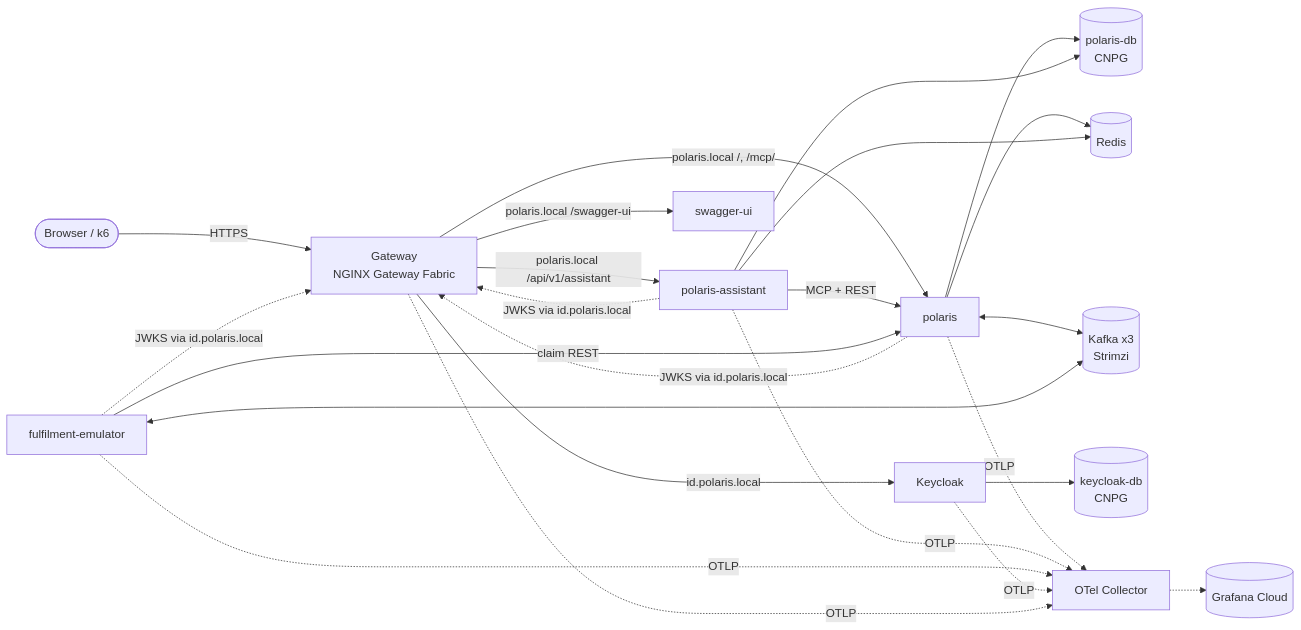
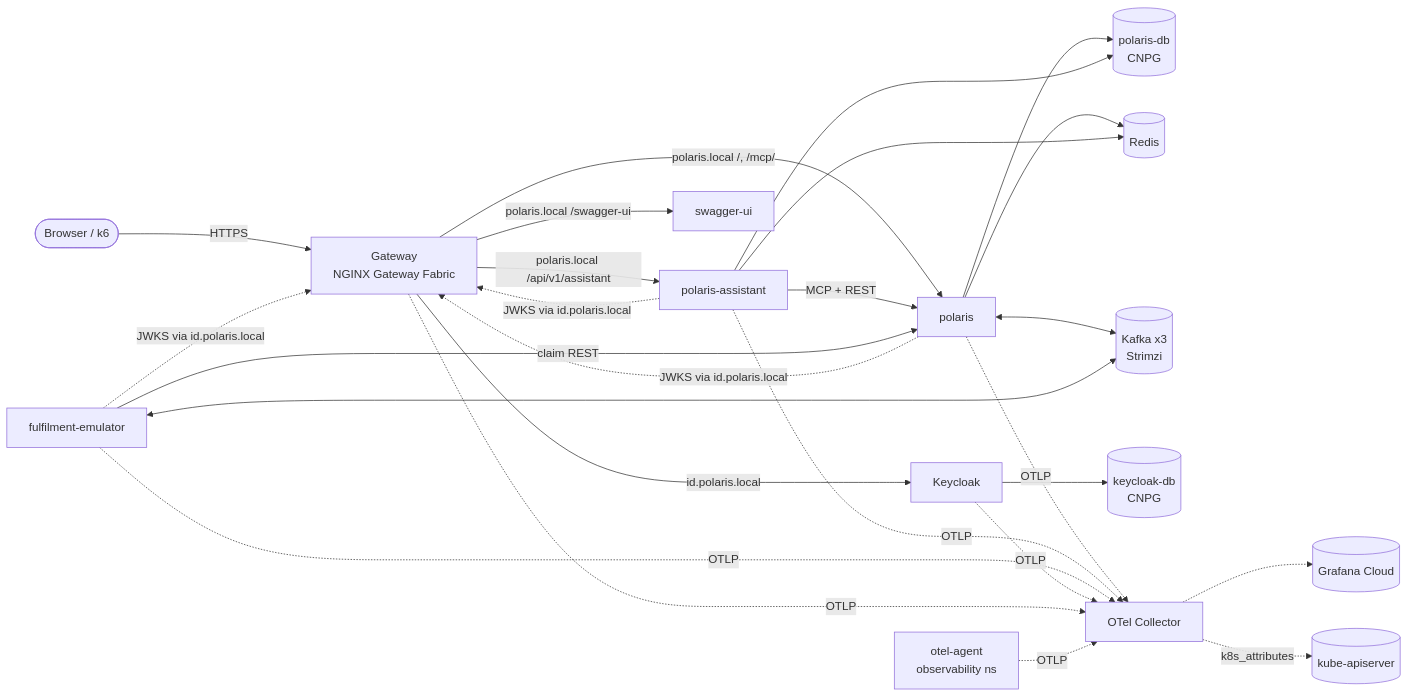
The diagram in docs/development/plan/k8s-deployment.md (vungdv/polaris-assistant), drawn with Mermaid before and after one commit. The commit also changed other lines of this file, not shown here.

````diff
--- a/docs/development/plan/k8s-deployment.md
+++ b/docs/development/plan/k8s-deployment.md
@@ -51,19 +51,21 @@
 ```mermaid
 flowchart LR
   user([Browser / k6]) -->|HTTPS| gw[Gateway<br/>NGINX Gateway Fabric]
   gw -->|polaris.local /, /mcp/| polaris
   gw -->|polaris.local /api/v1/assistant| assistant[polaris-assistant]
   gw -->|polaris.local /swagger-ui| swagger[swagger-ui]
   gw -->|id.polaris.local| kc[Keycloak]
   assistant -->|MCP + REST| polaris
   polaris --> pdb[(polaris-db<br/>CNPG)]
   assistant --> pdb
   polaris --> redis[(Redis)]
   assistant --> redis
   polaris <--> kafka[(Kafka x3<br/>Strimzi)]
   emu[fulfilment-emulator] <--> kafka
   emu -->|claim REST| polaris
   kc --> kdb[(keycloak-db<br/>CNPG)]
   polaris & assistant & emu & kc & gw -.->|OTLP| otel[OTel Collector] -.-> cloud[(Grafana Cloud)]
+  otelagent[otel-agent<br/>observability ns] -.->|OTLP| otel
+  otel -.->|k8s_attributes| api[(kube-apiserver)]
   polaris & assistant & emu -.->|JWKS via id.polaris.local| gw
 ```
````
